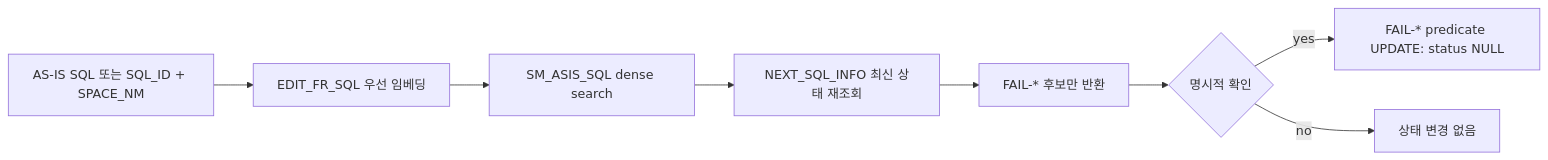
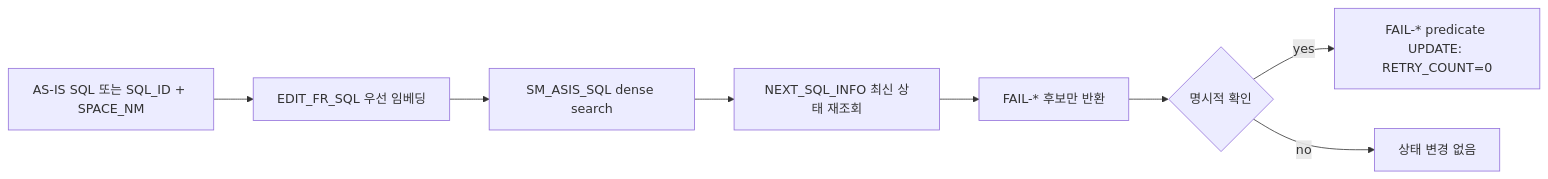
One commit to seongikjin227-jpg/refactoring_smartMigrate changed the fourth of 4 diagrams in smartMigrate_2.0_Langflow/00_guide/00_architecture_chapter5_logging_operations.md. Above: the diagram before and after it, drawn with Mermaid. The commit also changed other lines of this file and 28 other files, not shown here.

````diff
--- a/smartMigrate_2.0_Langflow/00_guide/00_architecture_chapter5_logging_operations.md
+++ b/smartMigrate_2.0_Langflow/00_guide/00_architecture_chapter5_logging_operations.md
@@ -226,10 +227,10 @@
 ```mermaid
 flowchart LR
     Q[AS-IS SQL 또는 SQL_ID + SPACE_NM] --> E[EDIT_FR_SQL 우선 임베딩]
     E --> V[SM_ASIS_SQL dense search]
     V --> O[NEXT_SQL_INFO 최신 상태 재조회]
     O --> F[FAIL-* 후보만 반환]
     F --> C{명시적 확인}
-    C -->|yes| U[FAIL-* predicate UPDATE: status NULL]
+    C -->|yes| U[FAIL-* predicate UPDATE: RETRY_COUNT=0]
     C -->|no| X[상태 변경 없음]
 ```
````
